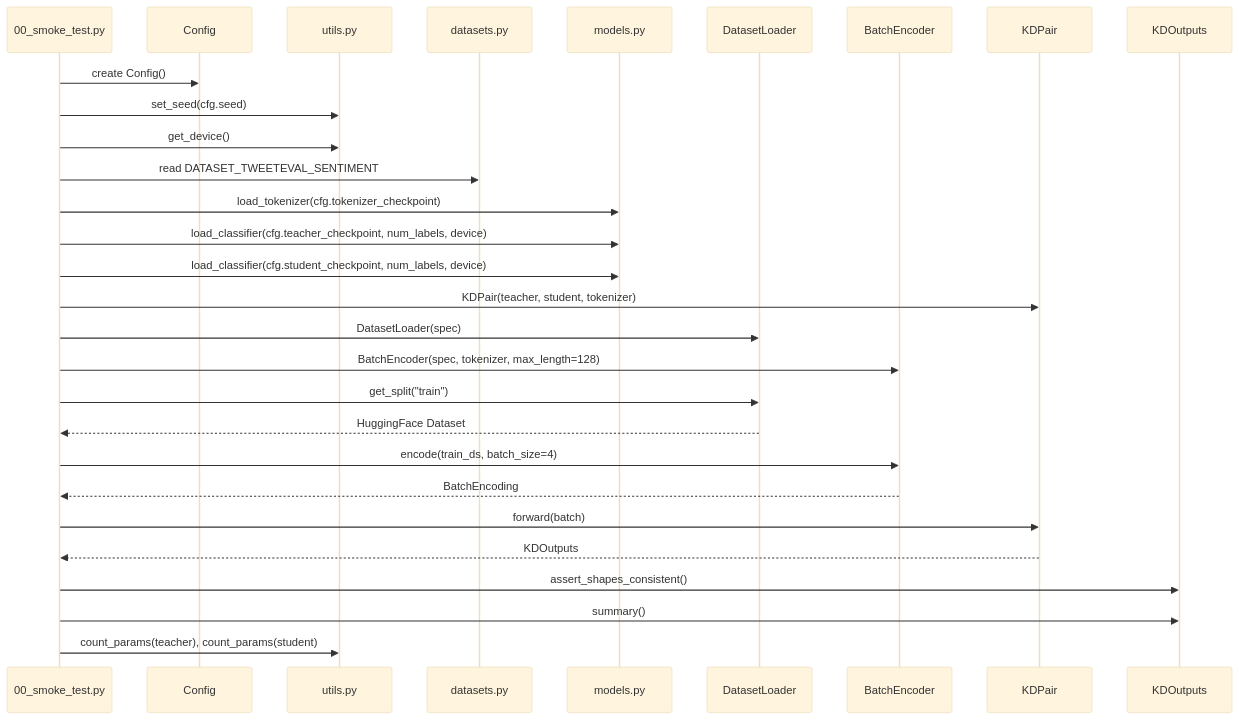
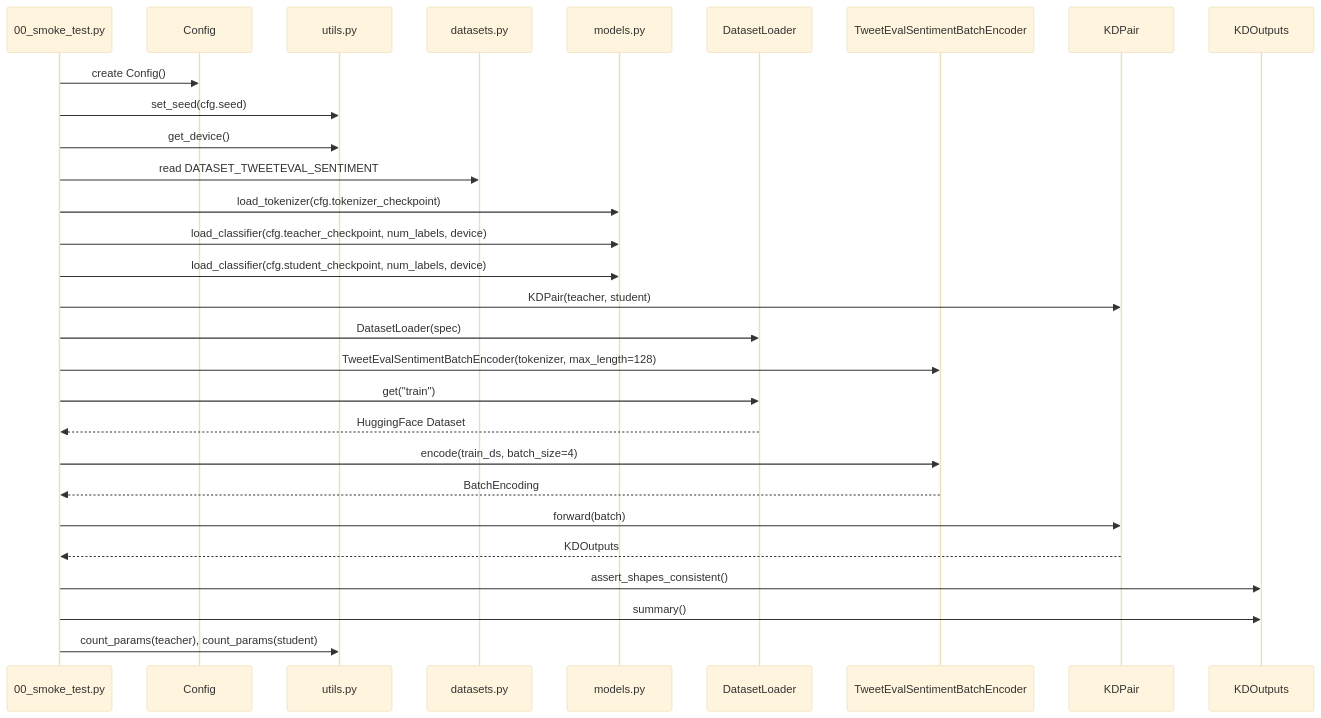
Before and after one commit to kaist-projects/TinyBERT-XAI: the second of 4 diagrams in docs/notes/05-current-codebase-concept-diagram.md, drawn with Mermaid (base theme). The commit also changed other lines of this file and 6 other files, not shown here.

````diff
--- a/docs/notes/05-current-codebase-concept-diagram.md
+++ b/docs/notes/05-current-codebase-concept-diagram.md
@@ -96,32 +96,32 @@
 ```mermaid
 sequenceDiagram
     participant Script as 00_smoke_test.py
     participant Config as Config
     participant Utils as utils.py
     participant Registry as datasets.py
     participant Models as models.py
     participant Loader as DatasetLoader
-    participant Encoder as BatchEncoder
+    participant Encoder as TweetEvalSentimentBatchEncoder
     participant Pair as KDPair
     participant Outputs as KDOutputs
 
     Script->>Config: create Config()
     Script->>Utils: set_seed(cfg.seed)
     Script->>Utils: get_device()
     Script->>Registry: read DATASET_TWEETEVAL_SENTIMENT
     Script->>Models: load_tokenizer(cfg.tokenizer_checkpoint)
     Script->>Models: load_classifier(cfg.teacher_checkpoint, num_labels, device)
     Script->>Models: load_classifier(cfg.student_checkpoint, num_labels, device)
-    Script->>Pair: KDPair(teacher, student, tokenizer)
+    Script->>Pair: KDPair(teacher, student)
     Script->>Loader: DatasetLoader(spec)
-    Script->>Encoder: BatchEncoder(spec, tokenizer, max_length=128)
-    Script->>Loader: get_split("train")
+    Script->>Encoder: TweetEvalSentimentBatchEncoder(tokenizer, max_length=128)
+    Script->>Loader: get("train")
     Loader-->>Script: HuggingFace Dataset
     Script->>Encoder: encode(train_ds, batch_size=4)
     Encoder-->>Script: BatchEncoding
     Script->>Pair: forward(batch)
     Pair-->>Script: KDOutputs
     Script->>Outputs: assert_shapes_consistent()
     Script->>Outputs: summary()
     Script->>Utils: count_params(teacher), count_params(student)
 ```
````
